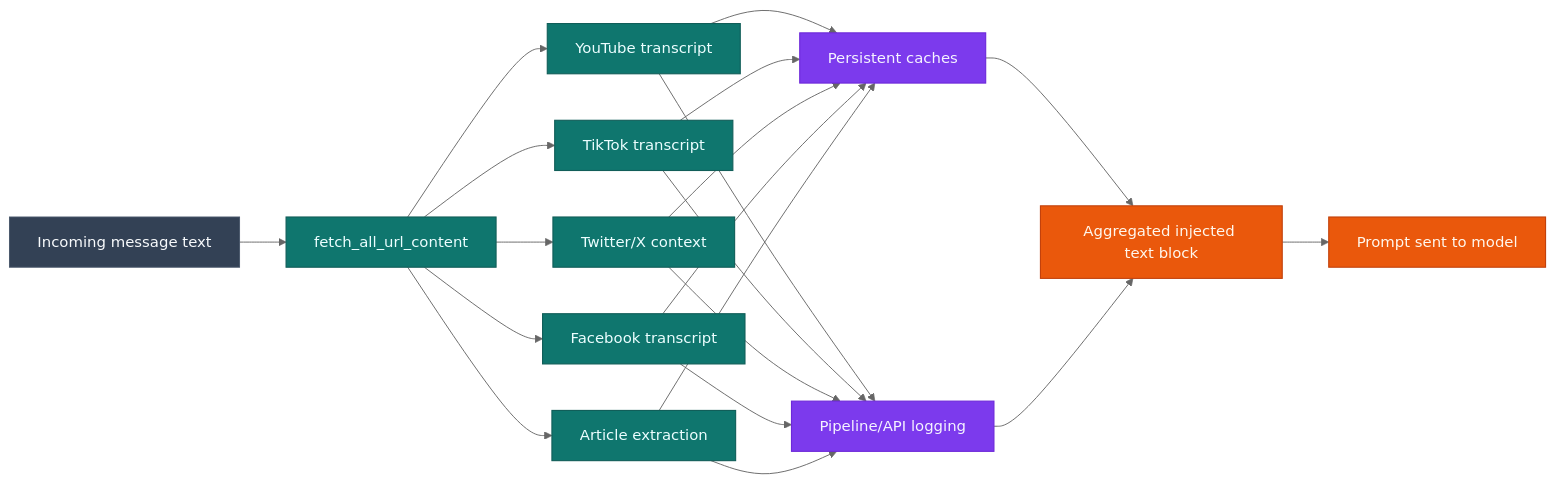
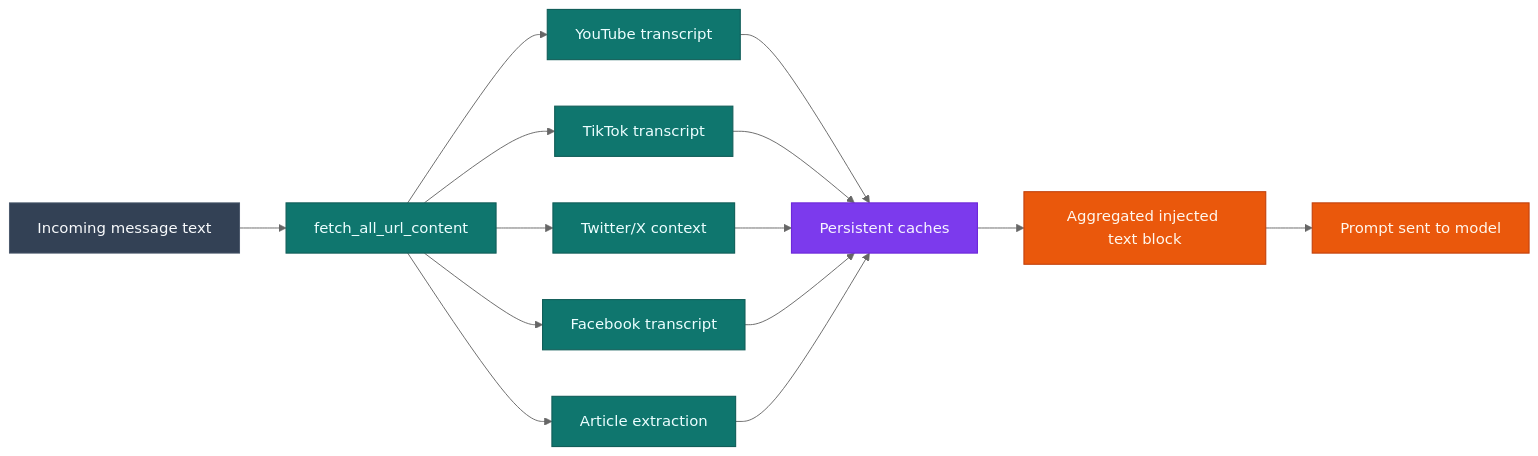
The fourth of 5 diagrams in docs/architecture.md (jobeus/cmwgpt), drawn with Mermaid (neutral theme) before and after one commit. The commit also changed other lines of this file and 149 other files, not shown here.

````diff
--- a/docs/architecture.md
+++ b/docs/architecture.md
@@ -197,30 +197,23 @@
 ```mermaid
 flowchart LR
     classDef in fill:#334155,color:#f8fafc,stroke:#475569,stroke-width:1px;
     classDef src fill:#0f766e,color:#ecfeff,stroke:#115e59,stroke-width:1.2px;
     classDef cache fill:#7c3aed,color:#f5f3ff,stroke:#6d28d9,stroke-width:1.2px;
     classDef out fill:#ea580c,color:#fff7ed,stroke:#c2410c,stroke-width:1.2px;
 
     Msg[Incoming message text]:::in --> Discover[fetch_all_url_content]:::src
     Discover --> YT[YouTube transcript]:::src
     Discover --> TT[TikTok transcript]:::src
     Discover --> TW[Twitter/X context]:::src
     Discover --> FB[Facebook transcript]:::src
     Discover --> AR[Article extraction]:::src
 
     YT --> Cache[Persistent caches]:::cache
     TT --> Cache
     TW --> Cache
     FB --> Cache
     AR --> Cache
 
-    YT --> Logs[Pipeline/API logging]:::cache
-    TT --> Logs
-    TW --> Logs
-    FB --> Logs
-    AR --> Logs
-
     Cache --> Aggregate[Aggregated injected text block]:::out
-    Logs --> Aggregate
     Aggregate --> Prompt[Prompt sent to model]:::out
 ```
````
